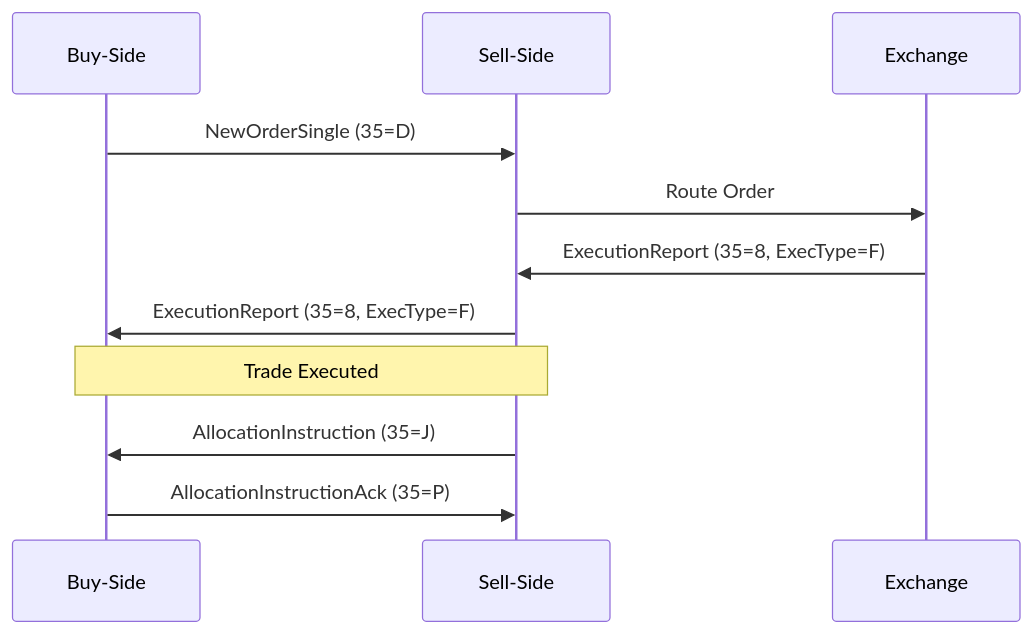
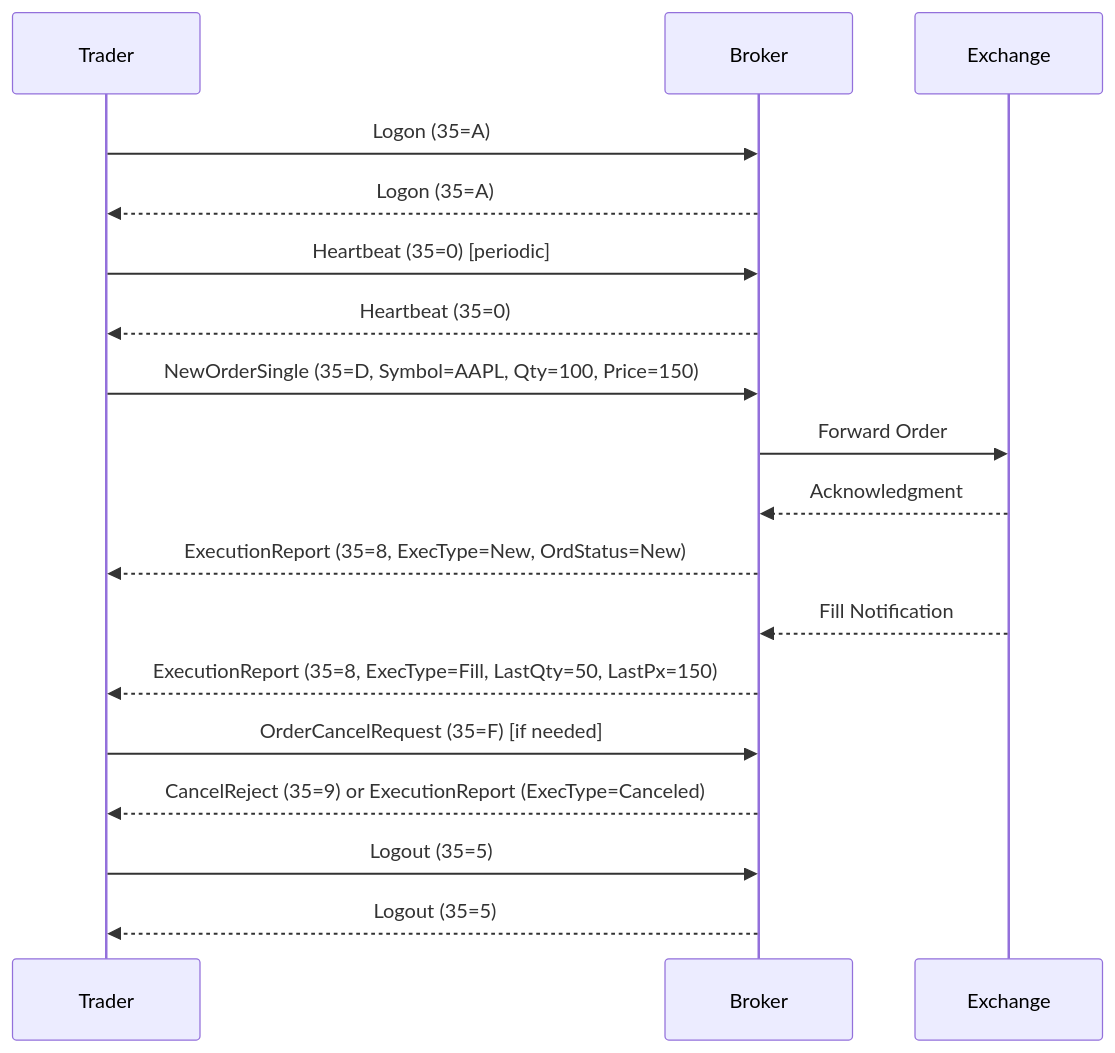
The diagram in trading/fix-protocol/README.md (VrushankPatel/interview-matters), drawn with Mermaid before and after one commit. The commit also changed other lines of this file and 16 other files, not shown here.

````diff
--- a/trading/fix-protocol/README.md
+++ b/trading/fix-protocol/README.md
@@ -68,14 +94,21 @@
 ```mermaid
 sequenceDiagram
-    participant B as Buy-Side
-    participant S as Sell-Side
+    participant T as Trader
+    participant B as Broker
     participant E as Exchange
 
-    B->>S: NewOrderSingle (35=D)
-    S->>E: Route Order
-    E->>S: ExecutionReport (35=8, ExecType=F)
-    S->>B: ExecutionReport (35=8, ExecType=F)
-    Note over B,S: Trade Executed
-    S->>B: AllocationInstruction (35=J)
-    B->>S: AllocationInstructionAck (35=P)
+    T->>B: Logon (35=A)
+    B-->>T: Logon (35=A)
+    T->>B: Heartbeat (35=0) [periodic]
+    B-->>T: Heartbeat (35=0)
+    T->>B: NewOrderSingle (35=D, Symbol=AAPL, Qty=100, Price=150)
+    B->>E: Forward Order
+    E-->>B: Acknowledgment
+    B-->>T: ExecutionReport (35=8, ExecType=New, OrdStatus=New)
+    E-->>B: Fill Notification
+    B-->>T: ExecutionReport (35=8, ExecType=Fill, LastQty=50, LastPx=150)
+    T->>B: OrderCancelRequest (35=F) [if needed]
+    B-->>T: CancelReject (35=9) or ExecutionReport (ExecType=Canceled)
+    T->>B: Logout (35=5)
+    B-->>T: Logout (35=5)
 ```
````
